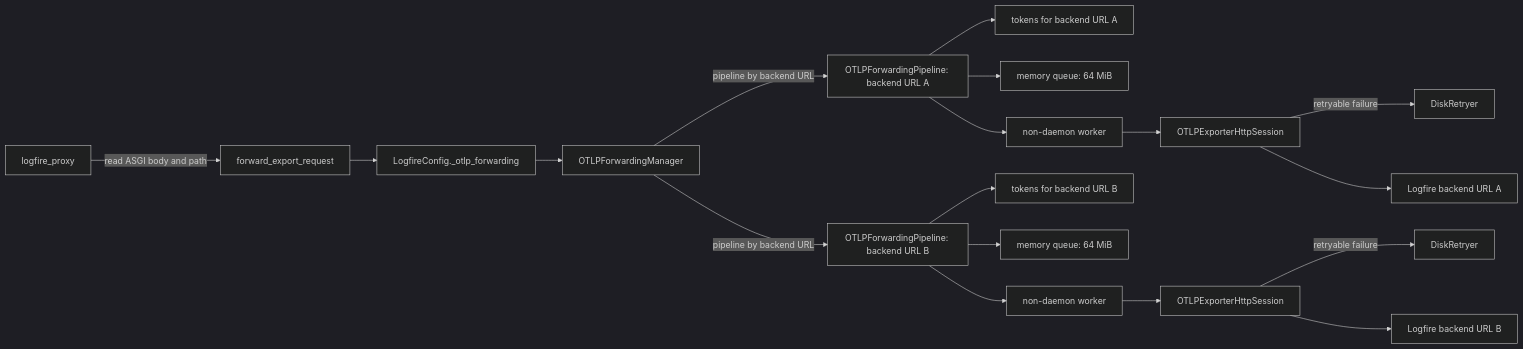
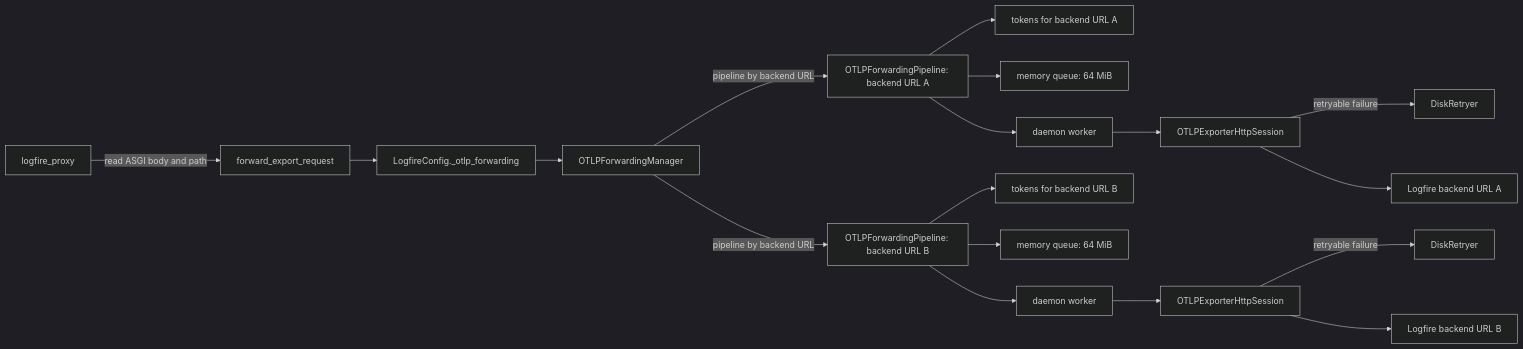
Before and after one commit to pydantic/logfire: the first of 5 diagrams in specs/browser-telemetry-forwarding-first-pass/diagrams.md, drawn with Mermaid (dark theme). The commit also changed other lines of this file and 6 other files, not shown here.

````diff
--- a/specs/browser-telemetry-forwarding-first-pass/diagrams.md
+++ b/specs/browser-telemetry-forwarding-first-pass/diagrams.md
@@ -8,20 +8,20 @@
 ```mermaid
 flowchart LR
     Proxy["logfire_proxy"] -->|"read ASGI body and path"| Helper["forward_export_request"]
     Helper --> Config["LogfireConfig._otlp_forwarding"]
     Config --> Manager["OTLPForwardingManager"]
     Manager -->|"pipeline by backend URL"| PipelineA["OTLPForwardingPipeline: backend URL A"]
     Manager -->|"pipeline by backend URL"| PipelineB["OTLPForwardingPipeline: backend URL B"]
     PipelineA --> TokensA["tokens for backend URL A"]
     PipelineB --> TokensB["tokens for backend URL B"]
     PipelineA --> QueueA["memory queue: 64 MiB"]
     PipelineB --> QueueB["memory queue: 64 MiB"]
-    PipelineA --> WorkerA["non-daemon worker"]
-    PipelineB --> WorkerB["non-daemon worker"]
+    PipelineA --> WorkerA["daemon worker"]
+    PipelineB --> WorkerB["daemon worker"]
     WorkerA --> SessionA["OTLPExporterHttpSession"]
     WorkerB --> SessionB["OTLPExporterHttpSession"]
     SessionA -->|"retryable failure"| RetryA["DiskRetryer"]
     SessionB -->|"retryable failure"| RetryB["DiskRetryer"]
     SessionA --> LogfireA["Logfire backend URL A"]
     SessionB --> LogfireB["Logfire backend URL B"]
 ```
````
